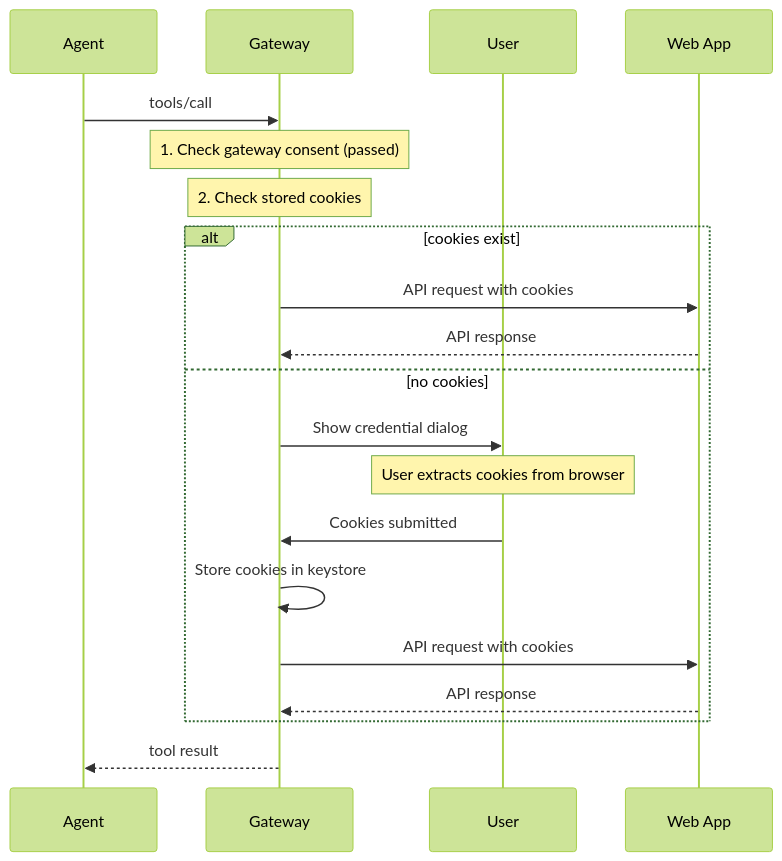
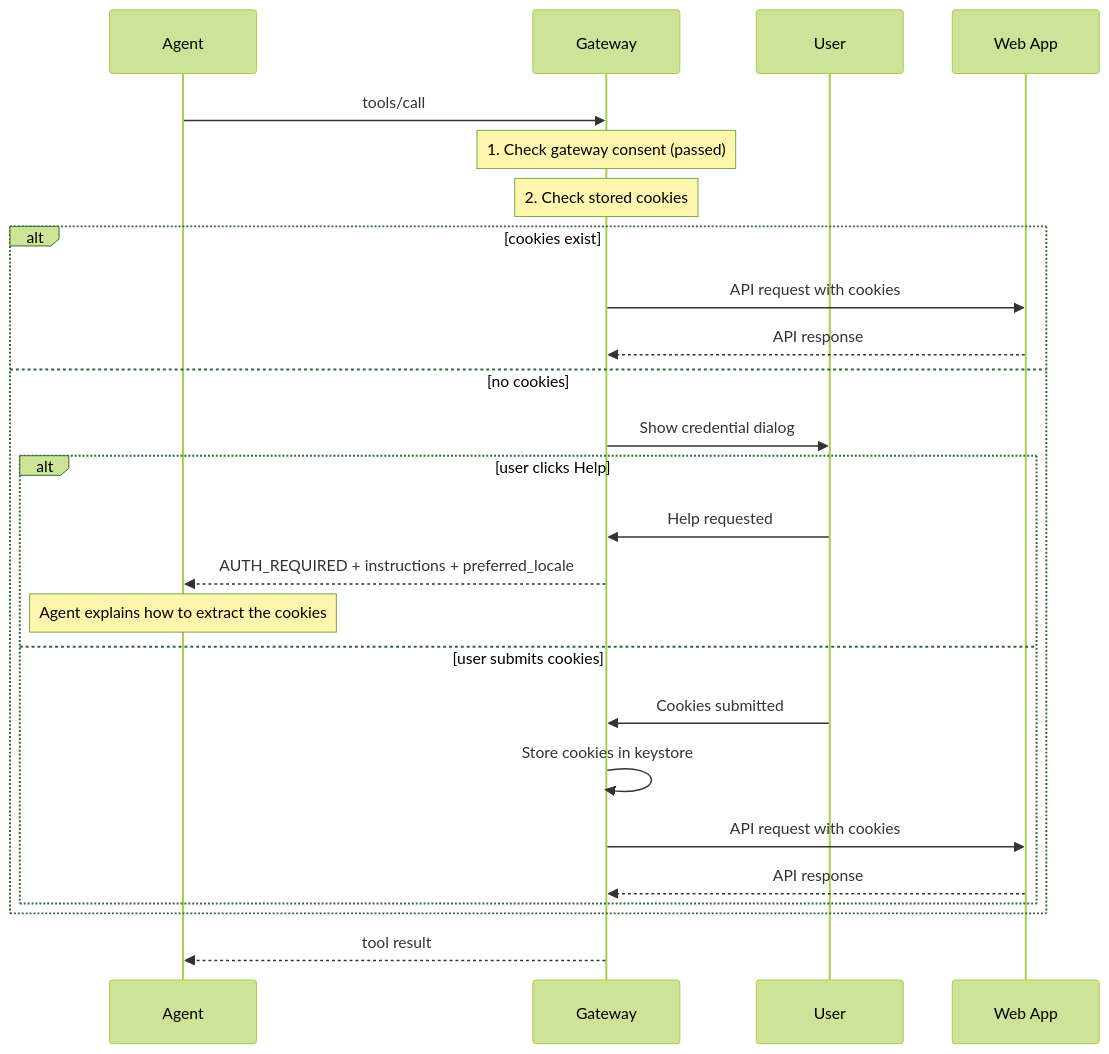
Before and after one commit to gybob/aai-protocol: the fifth of 5 diagrams in spec/security.md, drawn with Mermaid (forest theme). The commit also changed other lines of this file and 2 other files, not shown here.

Commit message:
Clarify auth help guidance in protocol docs

````diff
--- a/spec/security.md
+++ b/spec/security.md
@@ -782,26 +768,31 @@
 ```mermaid
 sequenceDiagram
     participant A as Agent
     participant G as Gateway
     participant U as User
     participant W as Web App
 
     A->>G: tools/call
 
     Note over G: 1. Check gateway consent (passed)
     Note over G: 2. Check stored cookies
 
     alt cookies exist
         G->>W: API request with cookies
         W-->>G: API response
     else no cookies
         G->>U: Show credential dialog
-        Note over U: User extracts cookies from browser
-        U->>G: Cookies submitted
-        G->>G: Store cookies in keystore
-        G->>W: API request with cookies
-        W-->>G: API response
+        alt user clicks Help
+            U->>G: Help requested
+            G-->>A: AUTH_REQUIRED + instructions + preferred_locale
+            Note over A: Agent explains how to extract the cookies
+        else user submits cookies
+            U->>G: Cookies submitted
+            G->>G: Store cookies in keystore
+            G->>W: API request with cookies
+            W-->>G: API response
+        end
     end
 
     G-->>A: tool result
 ```
````
